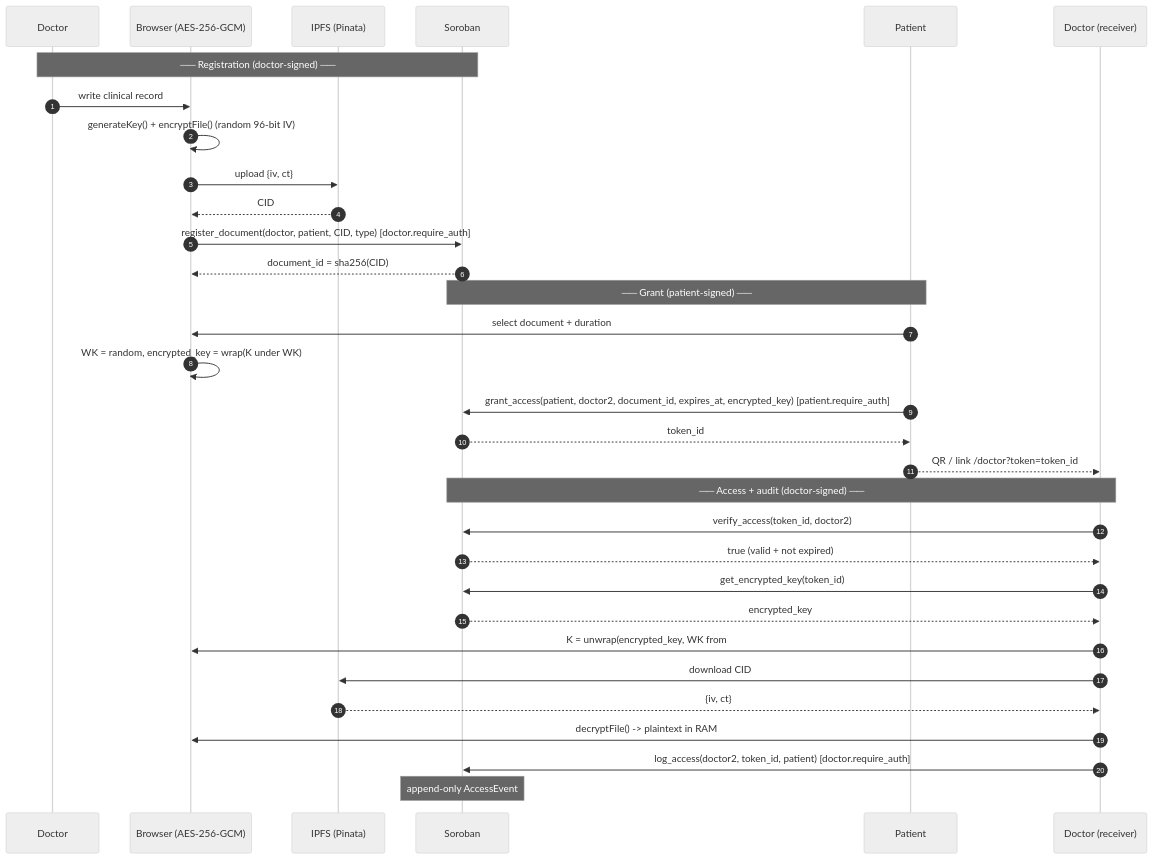
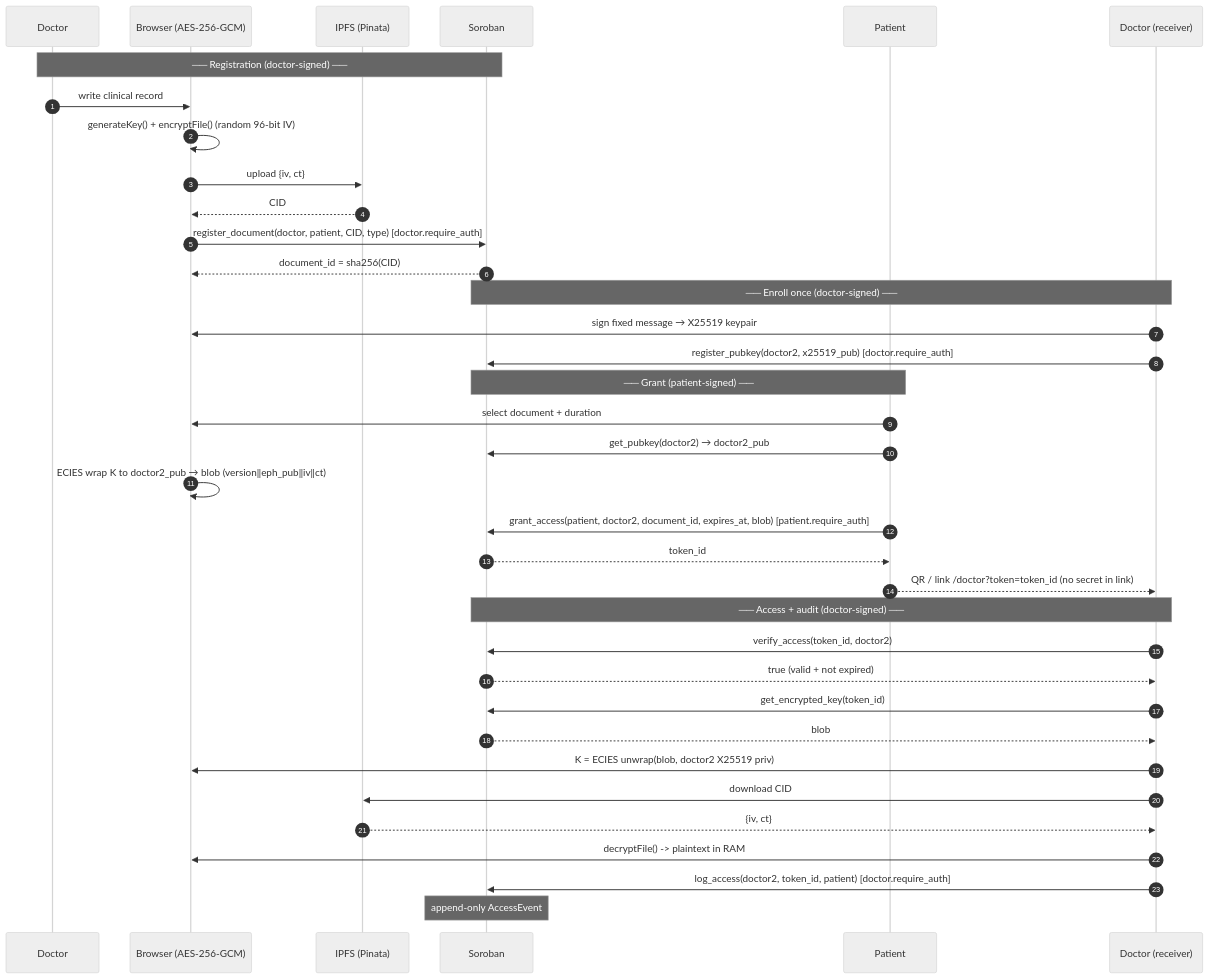
The third of 3 diagrams in ARCHITECTURE.md (DevCristobalvc/medvault-stellar), drawn with Mermaid (neutral theme) before and after one commit. The commit also changed other lines of this file and 3 other files, not shown here.

Commit message:
Update docs for ECIES v0.5 architecture and i18n

````diff
--- a/ARCHITECTURE.md
+++ b/ARCHITECTURE.md
@@ -189,38 +206,43 @@
 ```mermaid
 sequenceDiagram
     participant D as Doctor
     participant B as Browser (AES-256-GCM)
     participant I as IPFS (Pinata)
     participant SC as Soroban
     participant P as Patient
     participant D2 as Doctor (receiver)
 
     autonumber
 
     Note over D,SC: ── Registration (doctor-signed) ──
     D->>B: write clinical record
     B->>B: generateKey() + encryptFile()  (random 96-bit IV)
     B->>I: upload {iv, ct}
     I-->>B: CID
     B->>SC: register_document(doctor, patient, CID, type)  [doctor.require_auth]
     SC-->>B: document_id = sha256(CID)
 
+    Note over D2,SC: ── Enroll once (doctor-signed) ──
+    D2->>B: sign fixed message → X25519 keypair
+    D2->>SC: register_pubkey(doctor2, x25519_pub)  [doctor.require_auth]
+
     Note over P,SC: ── Grant (patient-signed) ──
     P->>B: select document + duration
-    B->>B: WK = random, encrypted_key = wrap(K under WK)
-    P->>SC: grant_access(patient, doctor2, document_id, expires_at, encrypted_key)  [patient.require_auth]
+    P->>SC: get_pubkey(doctor2) → doctor2_pub
+    B->>B: ECIES wrap K to doctor2_pub → blob (version‖eph_pub‖iv‖ct)
+    P->>SC: grant_access(patient, doctor2, document_id, expires_at, blob)  [patient.require_auth]
     SC-->>P: token_id
-    P-->>D2: QR / link  /doctor?token=token_id#wk=WK
+    P-->>D2: QR / link  /doctor?token=token_id   (no secret in link)
 
     Note over D2,SC: ── Access + audit (doctor-signed) ──
     D2->>SC: verify_access(token_id, doctor2)
     SC-->>D2: true (valid + not expired)
     D2->>SC: get_encrypted_key(token_id)
-    SC-->>D2: encrypted_key
-    D2->>B: K = unwrap(encrypted_key, WK from #wk)
+    SC-->>D2: blob
+    D2->>B: K = ECIES unwrap(blob, doctor2 X25519 priv)
     D2->>I: download CID
     I-->>D2: {iv, ct}
     D2->>B: decryptFile() -> plaintext in RAM
     D2->>SC: log_access(doctor2, token_id, patient)  [doctor.require_auth]
     Note over SC: append-only AccessEvent
 ```
````
